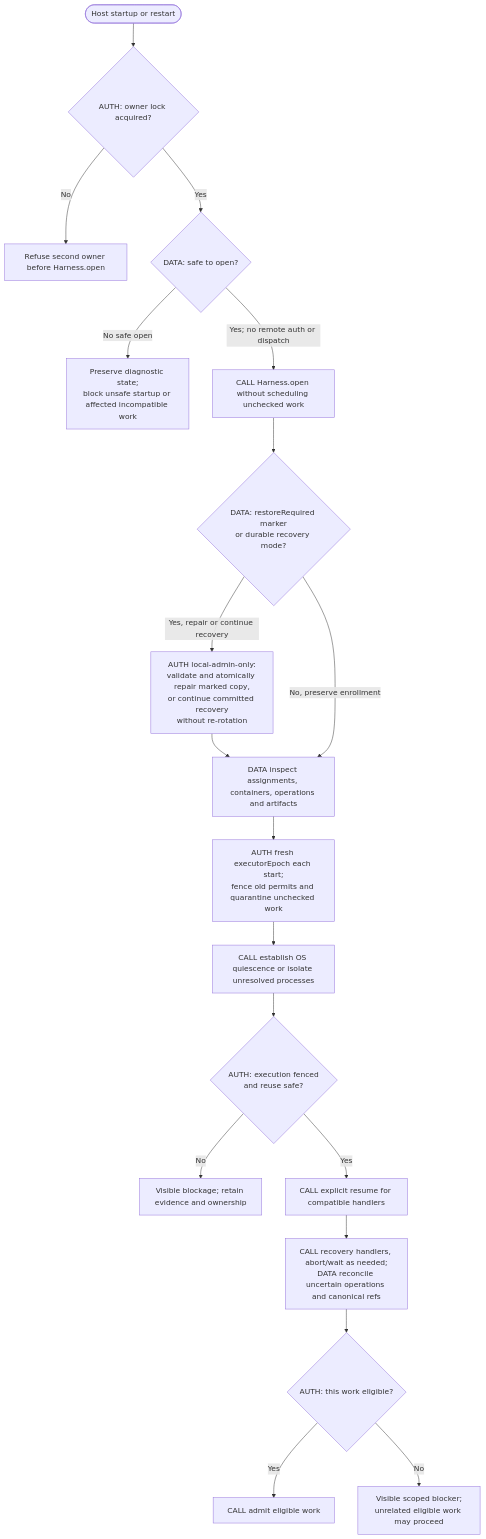
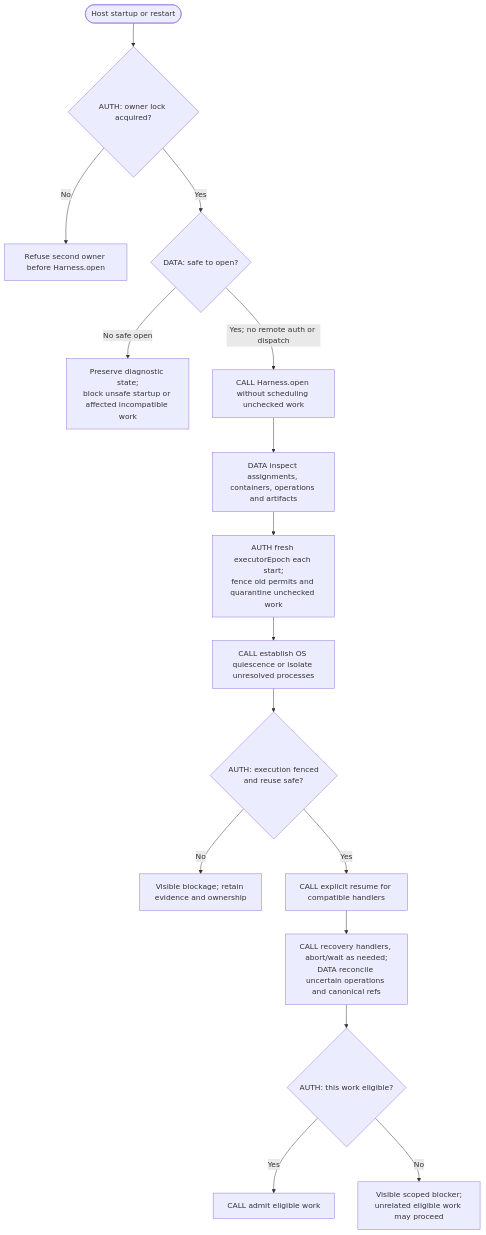
Before and after one commit to vicrdguez/render: diagram 12 of 13 in docs/spec.md, drawn with Mermaid. The commit also changed other lines of this file and 44 other files, not shown here.

````diff
--- a/docs/spec.md
+++ b/docs/spec.md
@@ -1202,36 +1196,31 @@
 ```mermaid
 flowchart TD
     Start(["Host startup or restart"])
     Lock{"AUTH: owner lock acquired?"}
     Refuse["Refuse second owner before Harness.open"]
     Compat{"DATA: safe to open?"}
     Diagnose["Preserve diagnostic state;<br/>block unsafe startup or affected incompatible work"]
     Open["CALL Harness.open without scheduling unchecked work"]
-    Restore{"DATA: restoreRequired marker<br/>or durable recovery mode?"}
-    Repair["AUTH local-admin-only:<br/>validate and atomically repair marked copy,<br/>or continue committed recovery<br/>without re-rotation"]
     Inspect["DATA inspect assignments, containers, operations and artifacts"]
     Fence["AUTH fresh executorEpoch each start;<br/>fence old permits and quarantine unchecked work"]
     Stop["CALL establish OS quiescence or isolate unresolved processes"]
     Safe{"AUTH: execution fenced<br/>and reuse safe?"}
     Hold["Visible blockage; retain evidence and ownership"]
     Resume["CALL explicit resume for compatible handlers"]
     Reconcile["CALL recovery handlers, abort/wait as needed;<br/>DATA reconcile uncertain operations and canonical refs"]
     Eligible{"AUTH: this work eligible?"}
     Run["CALL admit eligible work"]
     Block["Visible scoped blocker;<br/>unrelated eligible work may proceed"]
     Start --> Lock
     Lock -->|"No"| Refuse
     Lock -->|"Yes"| Compat
     Compat -->|"No safe open"| Diagnose
     Compat -->|"Yes; no remote auth or dispatch"| Open
-    Open --> Restore
-    Restore -->|"Yes, repair or continue recovery"| Repair
-    Repair --> Inspect
-    Restore -->|"No, preserve enrollment"| Inspect
+    Open --> Inspect
     Inspect --> Fence --> Stop --> Safe
     Safe -->|"No"| Hold
     Safe -->|"Yes"| Resume
     Resume --> Reconcile --> Eligible
     Eligible -->|"Yes"| Run
     Eligible -->|"No"| Block
 ```
````
